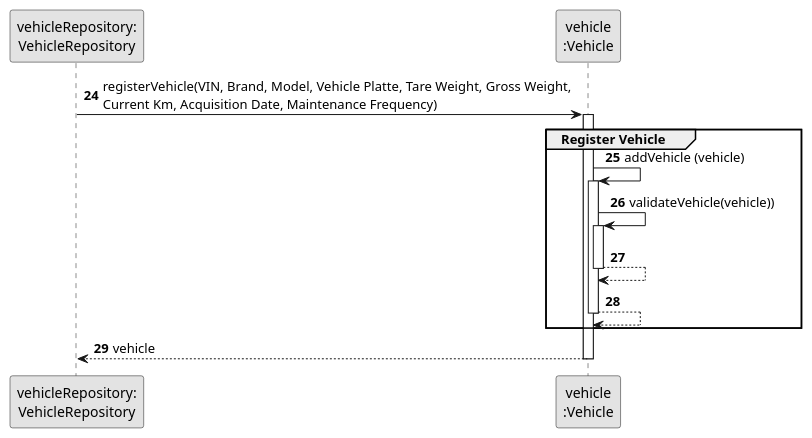
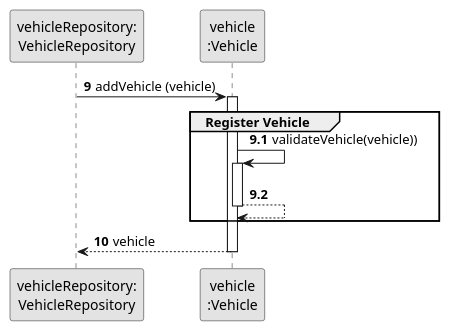
Before and after one commit to ricardomm7/leaflink: the diagram in docs/sprintB/us006/03.design/puml/us006-sequence-diagram-partial-register-vehicle.puml, drawn with PlantUML. The commit also changed 11 other files, not shown here.

Commit message:
LFC2-148<Update US006 Readme.md and Class Diagram> LFC2-88<Update SSD>

```diff
--- a/docs/sprintB/us006/03.design/puml/us006-sequence-diagram-partial-register-vehicle.puml
+++ b/docs/sprintB/us006/03.design/puml/us006-sequence-diagram-partial-register-vehicle.puml
@@ -1,33 +1,33 @@
 @startuml
 skinparam monochrome true
 skinparam packageStyle rectangle
 skinparam shadowing false
 
 participant "vehicleRepository:\nVehicleRepository" as VehicleRepository
 participant "vehicle\n:Vehicle" as VEI
 
-autonumber 24
-VehicleRepository -> VEI: registerVehicle(VIN, Brand, Model, Vehicle Platte, Tare Weight, Gross Weight,\nCurrent Km, Acquisition Date, Maintenance Frequency)
+autonumber 9
+VehicleRepository -> VEI: addVehicle (vehicle)
 
 activate VEI
     group Register Vehicle
-                              VEI -> VEI: addVehicle (vehicle)
-                              activate VEI
+    autonumber 9.1
+
 
                               VEI -> VEI: validateVehicle(vehicle))
                               activate VEI
 
                               VEI --> VEI
                               deactivate VEI
 
-                              VEI --> VEI
-                              deactivate VEI
+
 
 
     end
 
+autonumber 10
     VEI --> VehicleRepository: vehicle
 deactivate VEI
 
 
 @enduml
```
